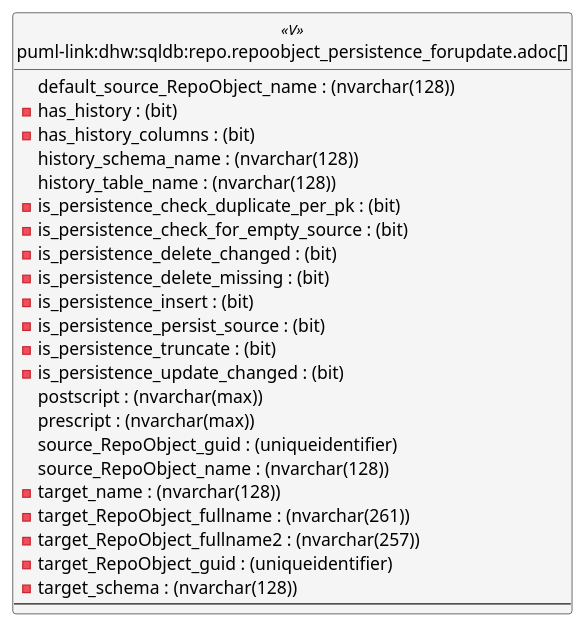
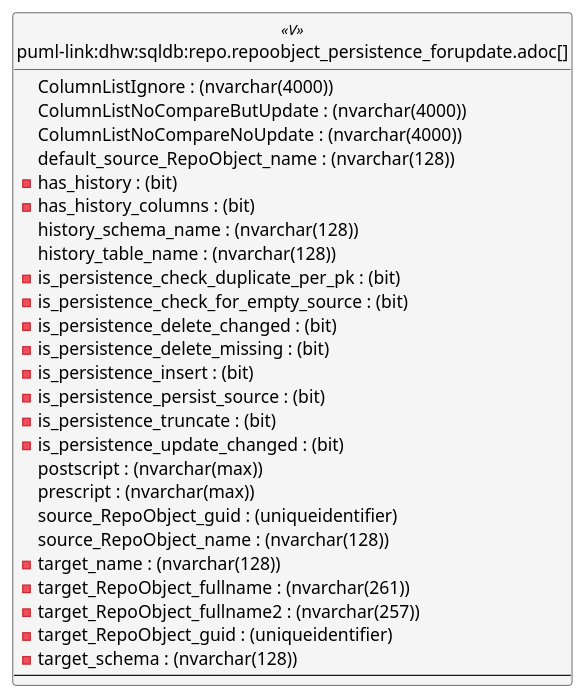
The first of 6 diagrams in docs/modules/sqldb/partials/content/repo.repoobject_persistence_forupdate.adoc (DataHandwerk/dhw-antora-sqldb), drawn with PlantUML before and after one commit. The commit also changed other lines of this file and 751 other files, not shown here.

```diff
--- a/docs/modules/sqldb/partials/content/repo.repoobject_persistence_forupdate.adoc
+++ b/docs/modules/sqldb/partials/content/repo.repoobject_persistence_forupdate.adoc
@@ -1030,55 +1105,58 @@
 [plantuml, entity-{docname}, svg, subs=macros]
 ....
 'Left to right direction
 top to bottom direction
 hide circle
 'avoide "." issues:
 set namespaceSeparator none
 
 
 skinparam class {
   BackgroundColor White
   BackgroundColor<<FN>> Yellow
   BackgroundColor<<FS>> Yellow
   BackgroundColor<<FT>> LightGray
   BackgroundColor<<IF>> Yellow
   BackgroundColor<<IS>> Yellow
   BackgroundColor<<P>>  Aqua
   BackgroundColor<<PC>> Aqua
   BackgroundColor<<SN>> Yellow
   BackgroundColor<<SO>> SlateBlue
   BackgroundColor<<TF>> LightGray
   BackgroundColor<<TR>> Tomato
   BackgroundColor<<U>>  White
   BackgroundColor<<V>>  WhiteSmoke
   BackgroundColor<<X>>  Aqua
   BackgroundColor<<external>> AliceBlue
 }
 
 
 entity "puml-link:dhw:sqldb:repo.repoobject_persistence_forupdate.adoc[]" as repo.RepoObject_persistence_ForUpdate << V >> {
+  ColumnListIgnore : (nvarchar(4000))
+  ColumnListNoCompareButUpdate : (nvarchar(4000))
+  ColumnListNoCompareNoUpdate : (nvarchar(4000))
   default_source_RepoObject_name : (nvarchar(128))
   - has_history : (bit)
   - has_history_columns : (bit)
   history_schema_name : (nvarchar(128))
   history_table_name : (nvarchar(128))
   - is_persistence_check_duplicate_per_pk : (bit)
   - is_persistence_check_for_empty_source : (bit)
   - is_persistence_delete_changed : (bit)
   - is_persistence_delete_missing : (bit)
   - is_persistence_insert : (bit)
   - is_persistence_persist_source : (bit)
   - is_persistence_truncate : (bit)
   - is_persistence_update_changed : (bit)
   postscript : (nvarchar(max))
   prescript : (nvarchar(max))
   source_RepoObject_guid : (uniqueidentifier)
   source_RepoObject_name : (nvarchar(128))
   - target_name : (nvarchar(128))
   - target_RepoObject_fullname : (nvarchar(261))
   - target_RepoObject_fullname2 : (nvarchar(257))
   - target_RepoObject_guid : (uniqueidentifier)
   - target_schema : (nvarchar(128))
   --
 }
 ....
```
